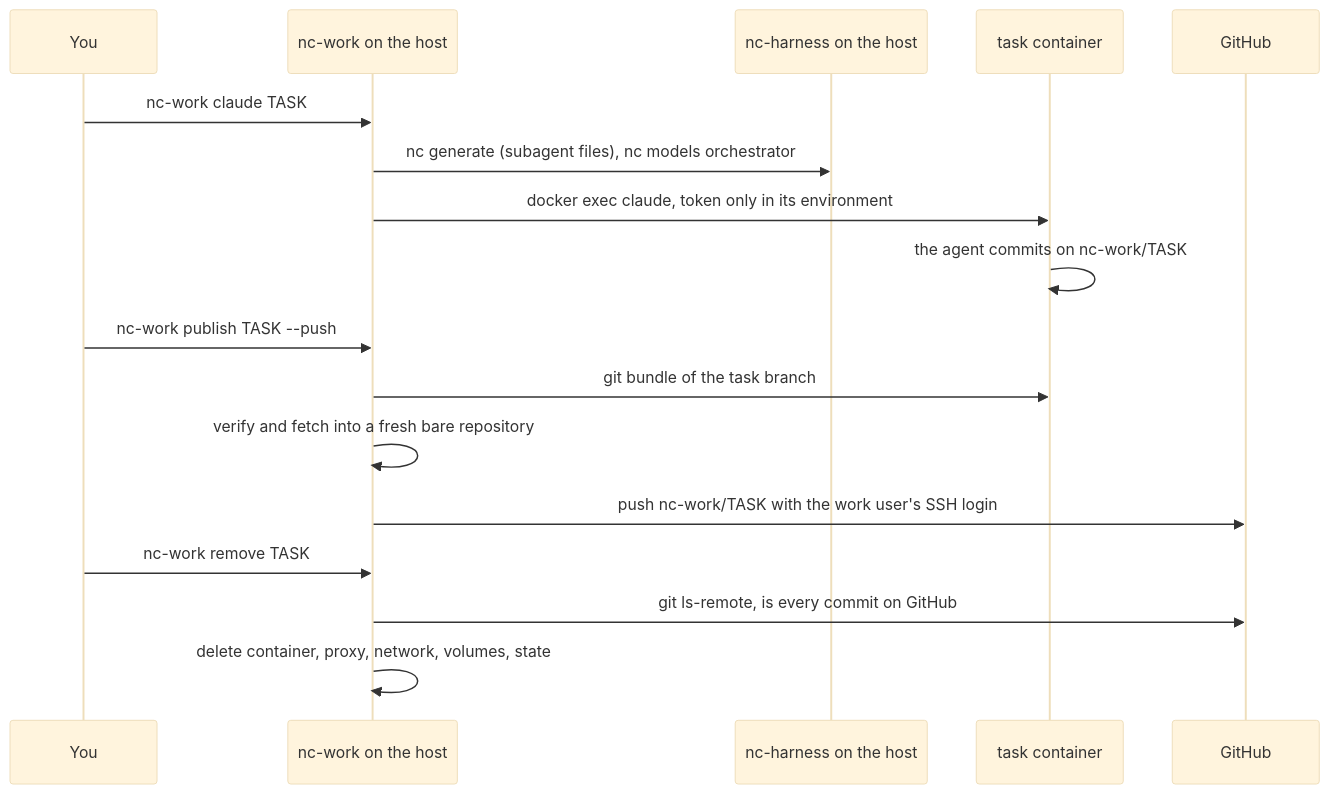
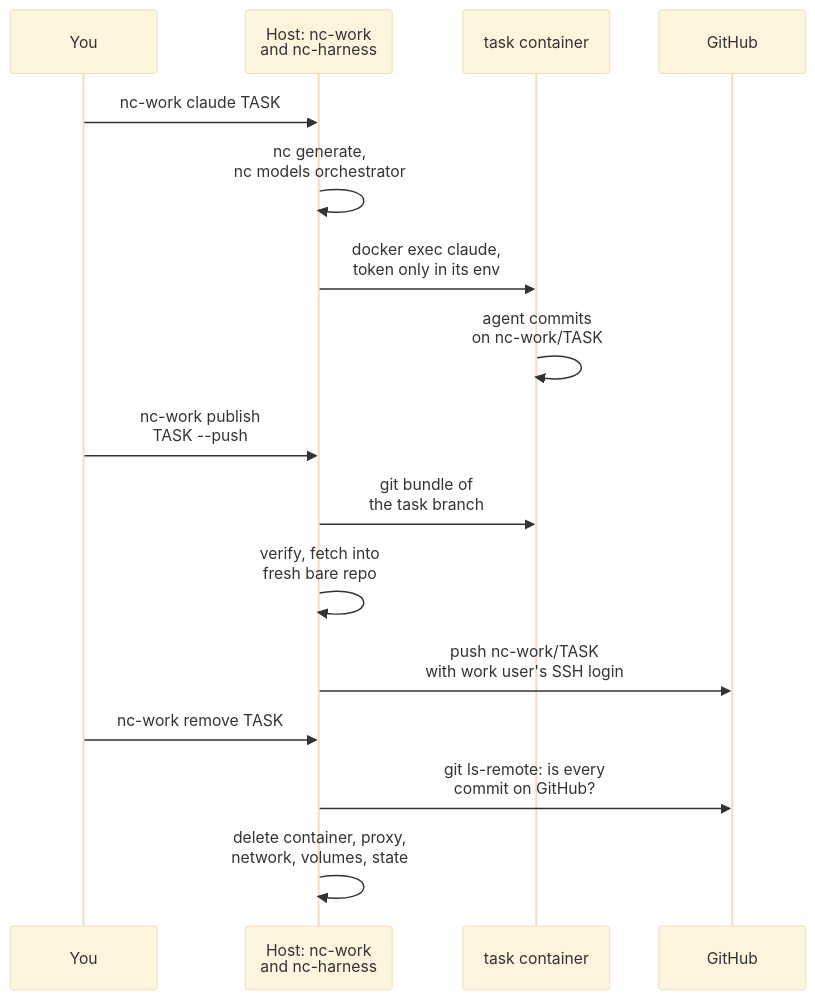
The third of 3 diagrams in work-environments/README.md (iAmSerathion/nc-infra), drawn with Mermaid (base theme) before and after one commit. The commit also changed other lines of this file and 1 other file, not shown here.

Commit message:
README: diagrams fit the page width

````diff
--- a/work-environments/README.md
+++ b/work-environments/README.md
@@ -66,19 +91,18 @@
 ```mermaid
 sequenceDiagram
     participant U as You
-    participant W as nc-work on the host
-    participant H as nc-harness on the host
+    participant W as Host: nc-work<br/>and nc-harness
     participant C as task container
     participant G as GitHub
     U->>W: nc-work claude TASK
-    W->>H: nc generate (subagent files), nc models orchestrator
-    W->>C: docker exec claude, token only in its environment
-    C->>C: the agent commits on nc-work/TASK
-    U->>W: nc-work publish TASK --push
-    W->>C: git bundle of the task branch
-    W->>W: verify and fetch into a fresh bare repository
-    W->>G: push nc-work/TASK with the work user's SSH login
+    W->>W: nc generate,<br/>nc models orchestrator
+    W->>C: docker exec claude,<br/>token only in its env
+    C->>C: agent commits<br/>on nc-work/TASK
+    U->>W: nc-work publish<br/>TASK --push
+    W->>C: git bundle of<br/>the task branch
+    W->>W: verify, fetch into<br/>fresh bare repo
+    W->>G: push nc-work/TASK<br/>with work user's SSH login
     U->>W: nc-work remove TASK
-    W->>G: git ls-remote, is every commit on GitHub
-    W->>W: delete container, proxy, network, volumes, state
+    W->>G: git ls-remote: is every<br/>commit on GitHub?
+    W->>W: delete container, proxy,<br/>network, volumes, state
 ```
````
